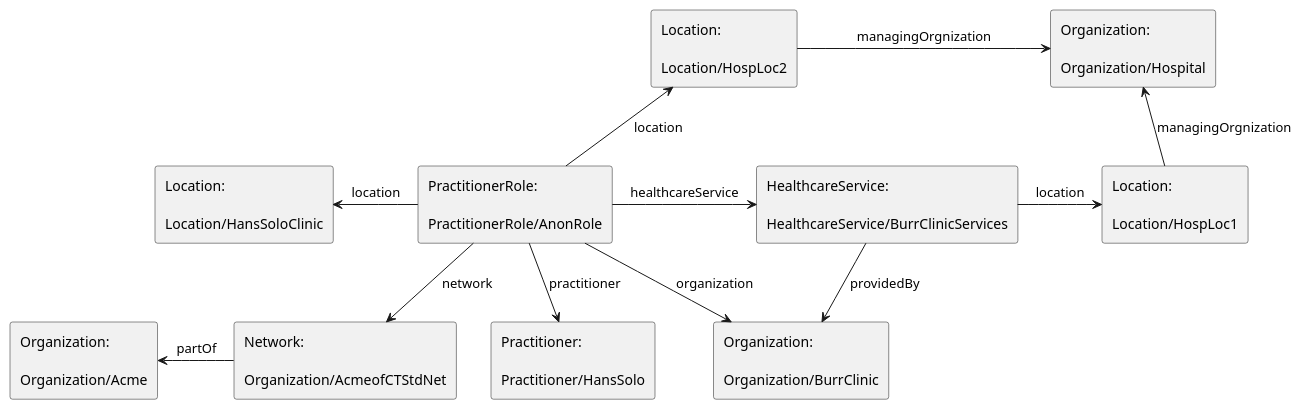
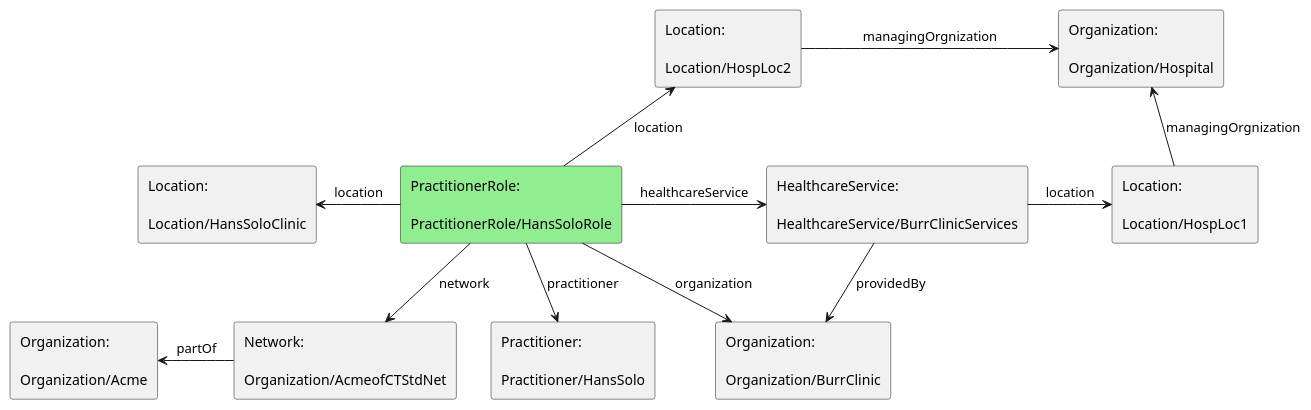
Before and after one commit to HL7/fhir-us-ndh: the diagram in input/images-source/PractitionerRole.plantuml, drawn with PlantUML. The commit also changed 18 other files, not shown here.

```diff
--- a/input/images-source/PractitionerRole.plantuml
+++ b/input/images-source/PractitionerRole.plantuml
@@ -1,29 +1,31 @@
 @startuml
-agent "PractitionerRole:\n\nPractitionerRole/AnonRole" as practitionerRole
+
+agent #LightGreen "PractitionerRole:\n\nPractitionerRole/HansSoloRole" as practitionerRole
 agent "Practitioner:\n\nPractitioner/HansSolo" as practitioner
 agent "Organization:\n\nOrganization/BurrClinic" as organization1
 agent "Network:\n\nOrganization/AcmeofCTStdNet" as organization2
 agent "Organization:\n\nOrganization/Acme" as organization3
 agent "Organization:\n\nOrganization/Hospital" as organization4
 
 agent "Location:\n\nLocation/HospLoc1" as location1
 agent "Location:\n\nLocation/HospLoc2" as location2
 agent "Location:\n\nLocation/HansSoloClinic" as location3
 agent "HealthcareService:\n\nHealthcareService/BurrClinicServices" as healthcareService
 
 practitionerRole -down-> practitioner : "practitioner"
 practitionerRole -down-> organization1 : "organization"
 practitionerRole -down-> organization2 : "network"
 practitionerRole -up-> location2 : "location"
 organization2 -left-> organization3: "partOf"
 
 practitionerRole -right-> healthcareService : "healthcareService"
 practitionerRole -left-> location3: "location"
 
 
 healthcareService -right-> location1: "location"
 healthcareService -down-> organization1: "providedBy"
 
 location2 -right-> organization4: "managingOrgnization"
 location1 -up-> organization4: "managingOrgnization"
+
 @enduml
```
